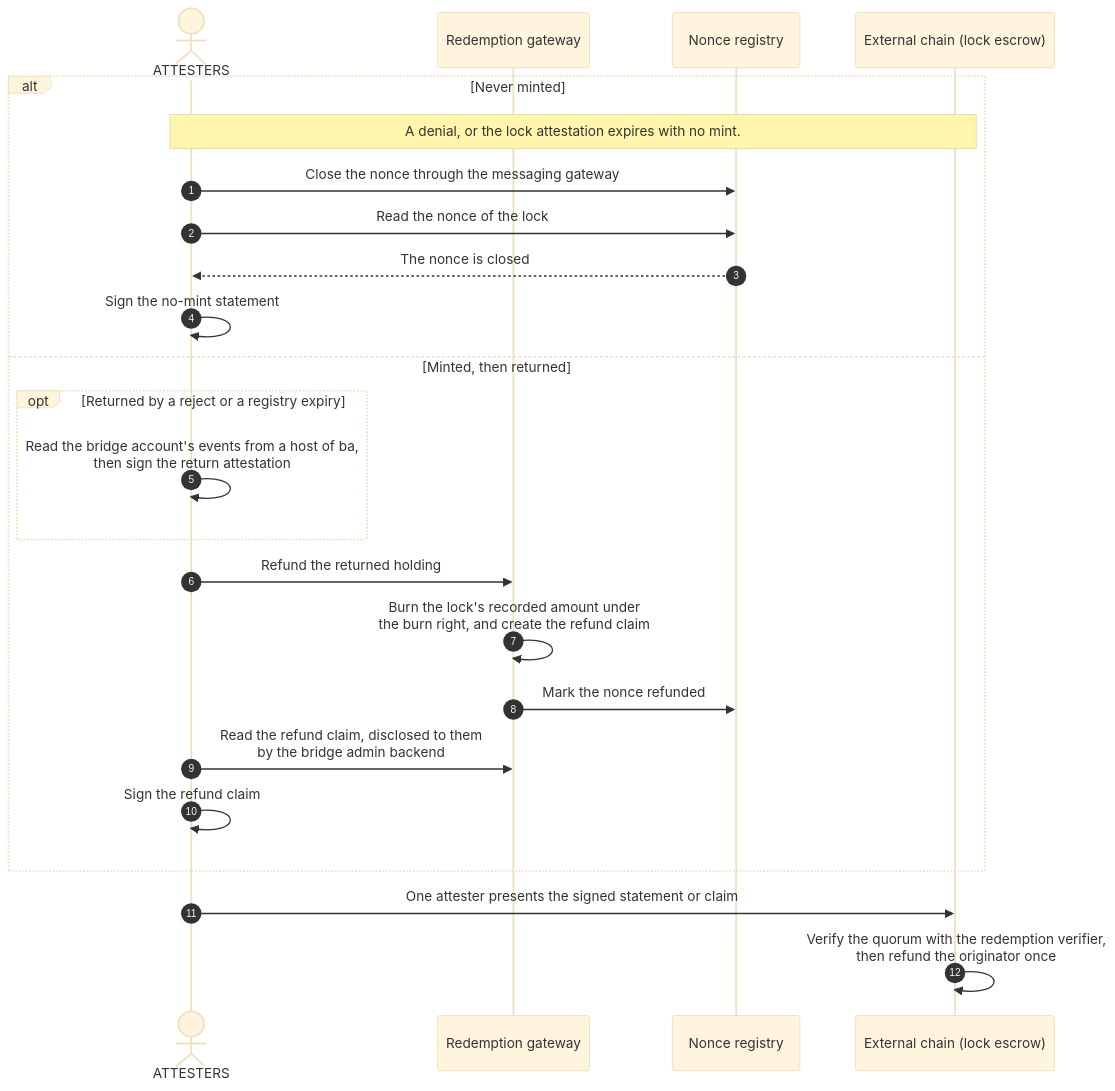
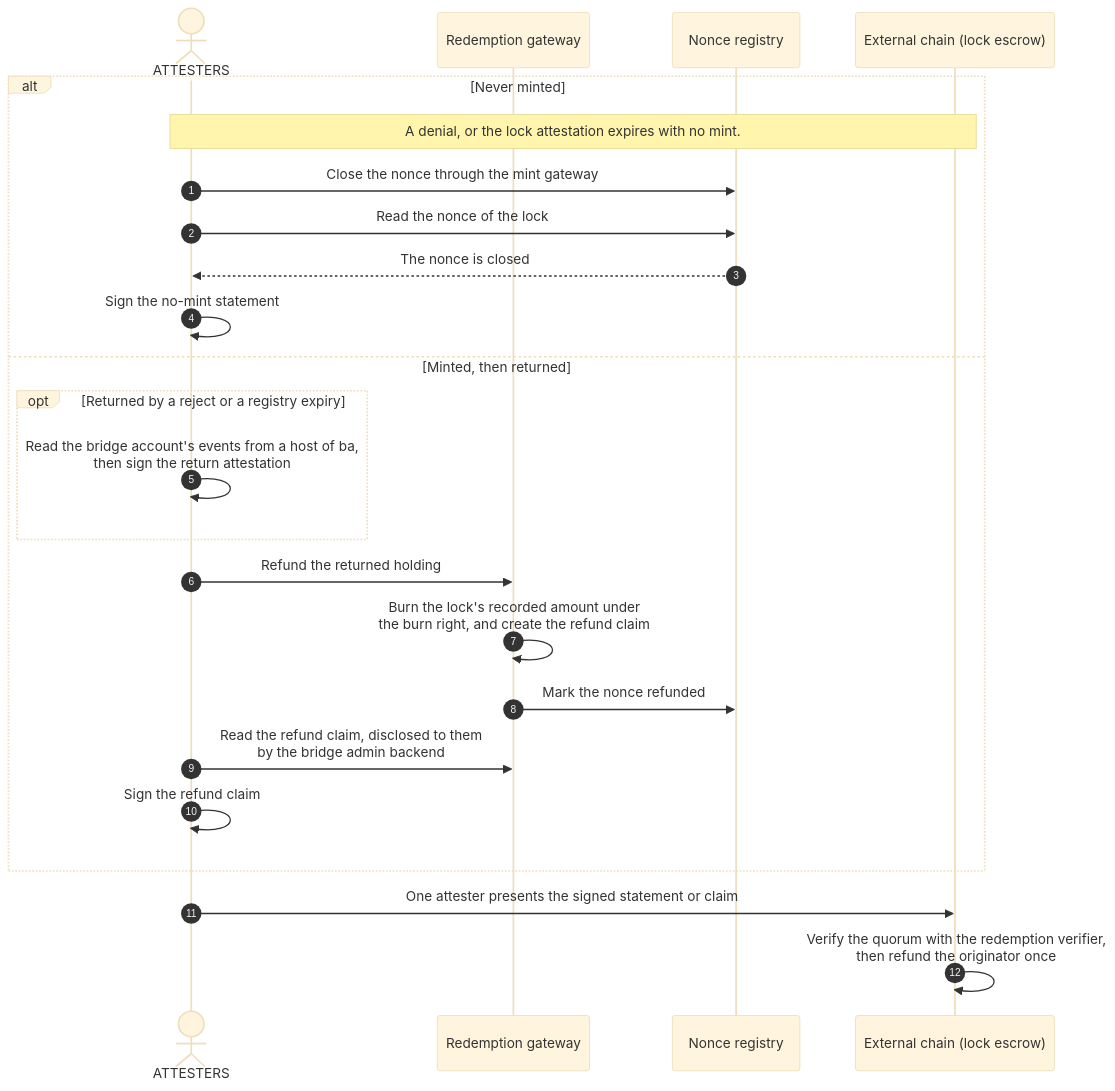
The third of 4 diagrams in docs/reference-architectures/cross-chain-stablecoin.md (OpenZeppelin/canton-specs), drawn with Mermaid (base theme) before and after one commit. The commit also changed other lines of this file, not shown here.

First line of the commit message:
docs: rename the messaging gateway to the mint gateway

````diff
--- a/docs/reference-architectures/cross-chain-stablecoin.md
+++ b/docs/reference-architectures/cross-chain-stablecoin.md
@@ -576,27 +576,27 @@
 ```mermaid
 sequenceDiagram
     autonumber
     actor Attesters as ATTESTERS
     participant Redeem as Redemption gateway
     participant Reg as Nonce registry
     participant Chain as External chain (lock escrow)
 
     alt Never minted
         Note over Attesters,Chain: A denial, or the lock attestation expires with no mint.
-        Attesters->>Reg: Close the nonce through the messaging gateway
+        Attesters->>Reg: Close the nonce through the mint gateway
         Attesters->>Reg: Read the nonce of the lock
         Reg-->>Attesters: The nonce is closed
         Attesters->>Attesters: Sign the no-mint statement
     else Minted, then returned
         opt Returned by a reject or a registry expiry
             Attesters->>Attesters: Read the bridge account's events from a host of ba,<br/>then sign the return attestation
         end
         Attesters->>Redeem: Refund the returned holding
         Redeem->>Redeem: Burn the lock's recorded amount under<br/>the burn right, and create the refund claim
         Redeem->>Reg: Mark the nonce refunded
         Attesters->>Redeem: Read the refund claim, disclosed to them<br/>by the bridge admin backend
         Attesters->>Attesters: Sign the refund claim
     end
     Attesters->>Chain: One attester presents the signed statement or claim
     Chain->>Chain: Verify the quorum with the redemption verifier,<br/>then refund the originator once
 ```
````
